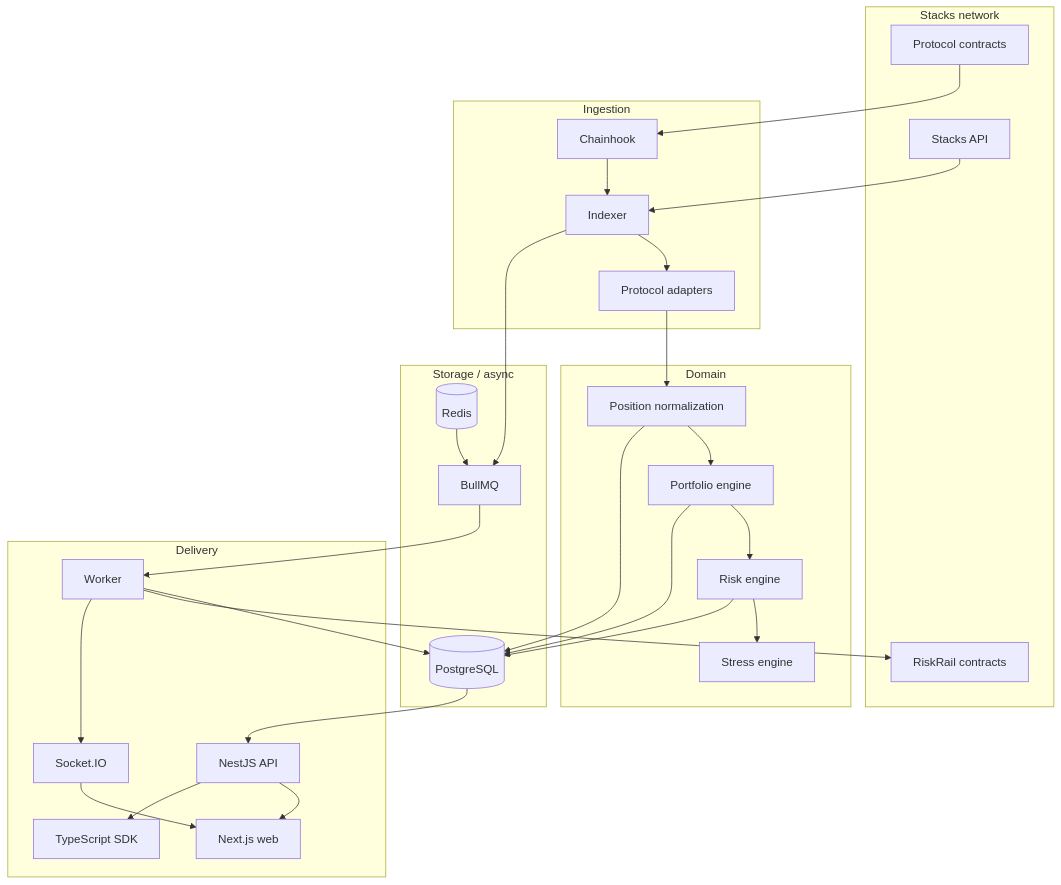
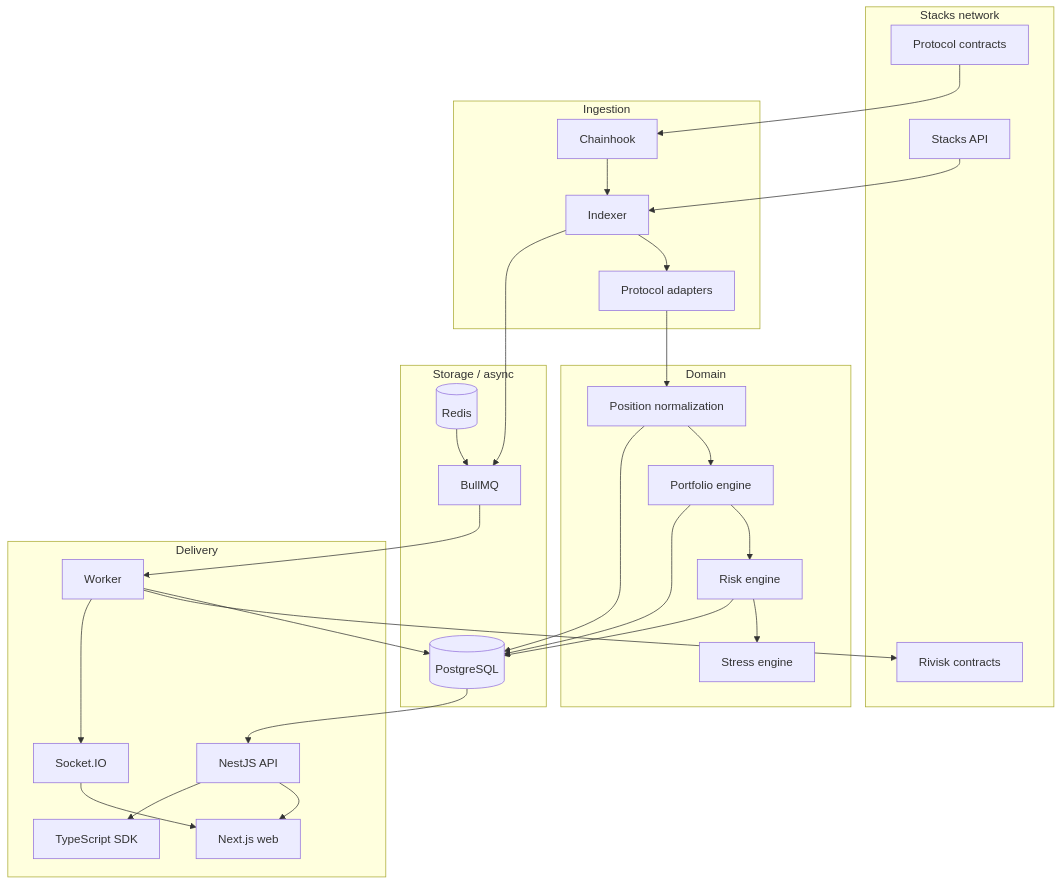
One commit to TheSoftNode/riskrail changed the second of 2 diagrams in README.md. Above: the diagram before and after it, drawn with Mermaid. The commit also changed other lines of this file and 232 other files, not shown here.

First line of the commit message:
Rename to Rivisk, deploy contracts to testnet, add docs site

````diff
--- a/README.md
+++ b/README.md
@@ -113,57 +113,57 @@
 ```mermaid
 flowchart TB
     subgraph Stacks[Stacks network]
         SA[Stacks API]
         SC[Protocol contracts]
-        RC[RiskRail contracts]
+        RC[Rivisk contracts]
     end
 
     subgraph Ingestion[Ingestion]
         CH[Chainhook]
         IX[Indexer]
         PA[Protocol adapters]
     end
 
     subgraph Domain[Domain]
         PN[Position normalization]
         PE[Portfolio engine]
         RE[Risk engine]
         SE[Stress engine]
     end
 
     subgraph Storage[Storage / async]
         PG[(PostgreSQL)]
         RD[(Redis)]
         BQ[BullMQ]
     end
 
     subgraph Delivery[Delivery]
         API[NestJS API]
         WK[Worker]
         RT[Socket.IO]
         WEB[Next.js web]
         SDK[TypeScript SDK]
     end
 
     SA --> IX
     SC --> CH
     CH --> IX
     IX --> PA
     PA --> PN
     PN --> PE
     PE --> RE
     RE --> SE
     PN --> PG
     PE --> PG
     RE --> PG
     IX --> BQ
     RD --> BQ
     BQ --> WK
     WK --> PG
     WK --> RC
     PG --> API
     API --> WEB
     API --> SDK
     WK --> RT
     RT --> WEB
 ```
````
